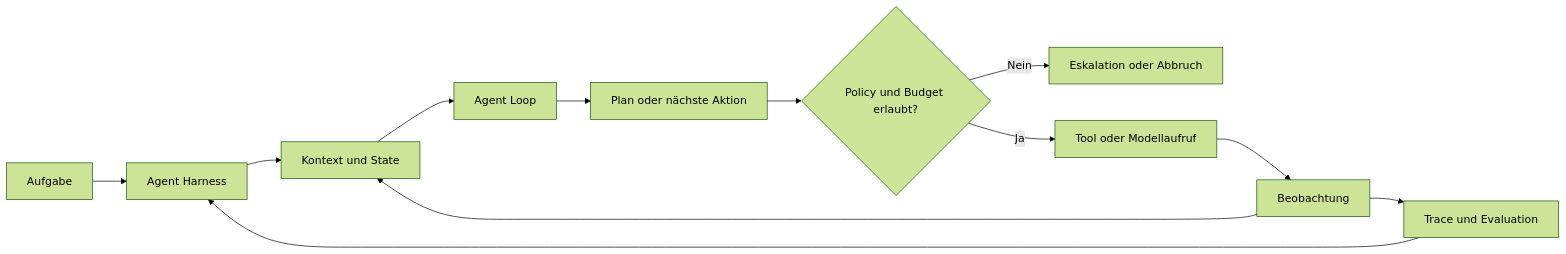
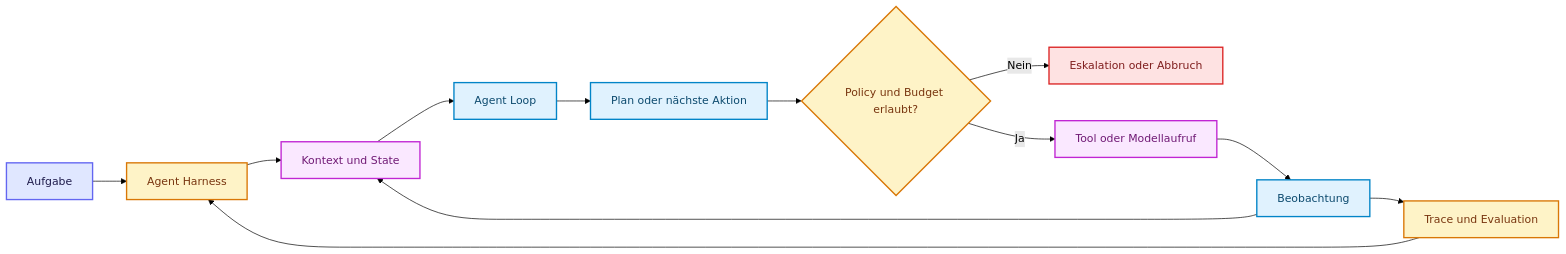
Before and after one commit to ralf-42/Agenten: the diagram in docs/07-qualitaet-sicherheit/agent-harness.md, drawn with Mermaid (forest theme). The commit also changed 18 other files, not shown here.

````diff
--- a/docs/07-qualitaet-sicherheit/agent-harness.md
+++ b/docs/07-qualitaet-sicherheit/agent-harness.md
@@ -34,14 +34,25 @@
 ```mermaid
 flowchart LR
     U[Aufgabe] --> H[Agent Harness]
     H --> C[Kontext und State]
     C --> L[Agent Loop]
     L --> P[Plan oder nächste Aktion]
     P --> G{Policy und Budget erlaubt?}
     G -->|Nein| E[Eskalation oder Abbruch]
     G -->|Ja| T[Tool oder Modellaufruf]
     T --> O[Beobachtung]
     O --> C
     O --> R[Trace und Evaluation]
     R --> H
+
+    classDef default fill:#e0f2fe,stroke:#0284c7,stroke-width:2px,color:#0c4a6e;
+    classDef input fill:#e0e7ff,stroke:#6366f1,stroke-width:2px,color:#1e1b4b;
+    classDef metric fill:#fef3c7,stroke:#d97706,stroke-width:2px,color:#78350f;
+    classDef target fill:#fae8ff,stroke:#c026d3,stroke-width:2px,color:#701a75;
+    classDef stop fill:#fee2e2,stroke:#dc2626,stroke-width:2px,color:#7f1d1d;
+
+    class U input;
+    class H,G,R metric;
+    class C,T target;
+    class E stop;
 ```
````
